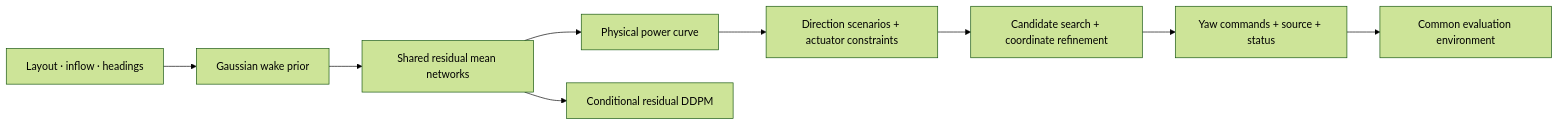
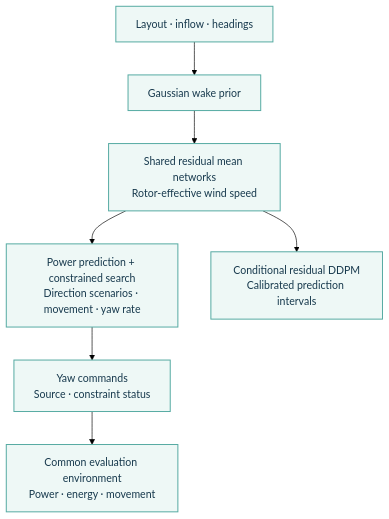
Before and after one commit to rainbowyuyu/PhysCast-Yaw: the diagram in README.en.md, drawn with Mermaid (forest theme). The commit also changed 1 other file, not shown here.

Commit message:
docs: improve readability of architecture diagrams

````diff
--- a/README.en.md
+++ b/README.en.md
@@ -33,11 +33,10 @@
 ```mermaid
-flowchart LR
-    A[Layout · inflow · headings] --> B[Gaussian wake prior]
-    B --> C[Shared residual mean networks]
-    C --> D[Physical power curve]
-    C --> E[Conditional residual DDPM]
-    D --> F[Direction scenarios + actuator constraints]
-    F --> G[Candidate search + coordinate refinement]
-    G --> H[Yaw commands + source + status]
-    H --> I[Common evaluation environment]
+flowchart TB
+    A["Layout · inflow · headings"] --> B["Gaussian wake prior"]
+    B --> C["Shared residual mean networks<br/>Rotor-effective wind speed"]
+    C --> D["Power prediction + constrained search<br/>Direction scenarios · movement · yaw rate"]
+    C --> E["Conditional residual DDPM<br/>Calibrated prediction intervals"]
+    D --> F["Yaw commands<br/>Source · constraint status"]
+    F --> G["Common evaluation environment<br/>Power · energy · movement"]
+    classDef default fill:#eef8f6,stroke:#55aaa2,color:#17394d,stroke-width:1.5px
 ```
````
